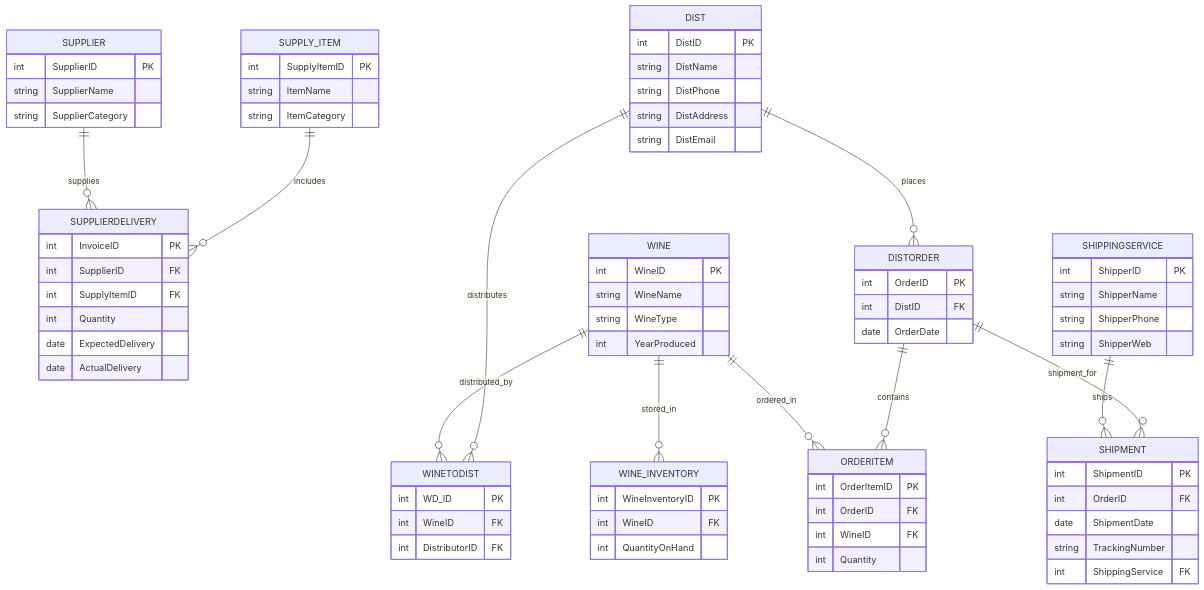
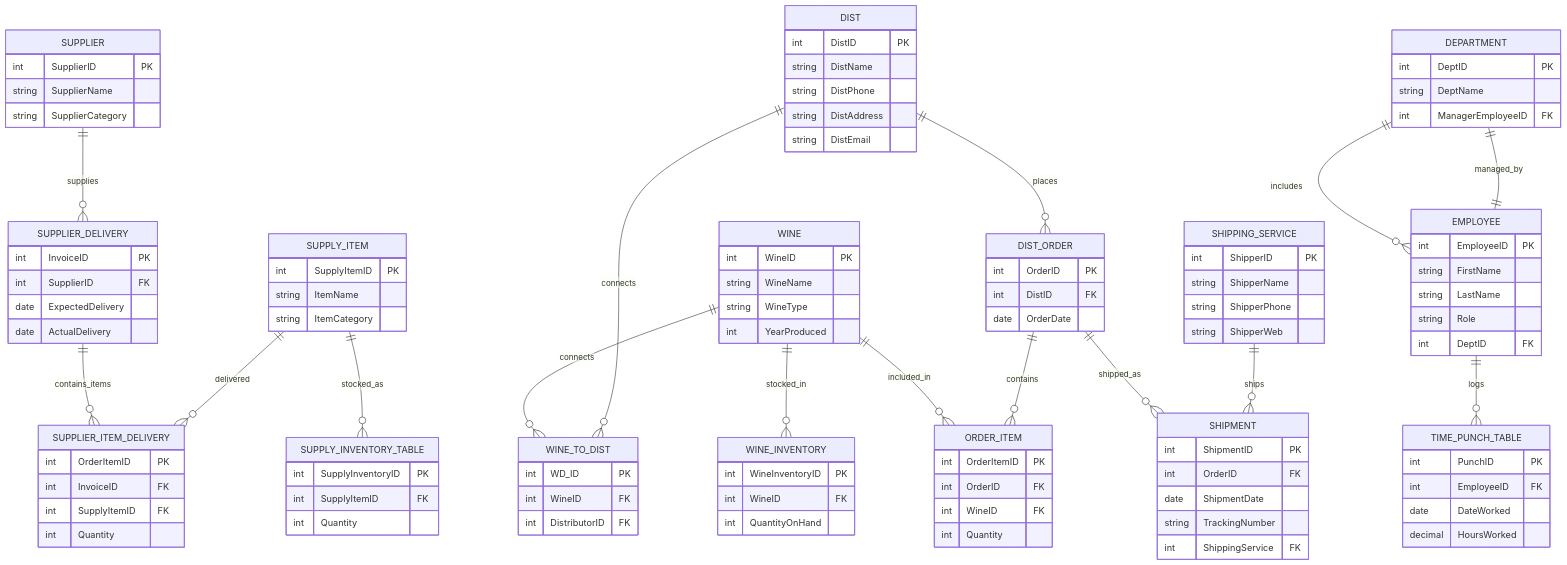
Before and after one commit to BobbyJoeCool/CSD310-BlueTeam: the diagram in Milesone_12/ERD(UPDATE).mmd, drawn with Mermaid. The commit also changed 1 other file, not shown here.

Commit message:
Updated ERD and SQL code

```diff
--- a/Milesone_12/ERD(UPDATE).mmd
+++ b/Milesone_12/ERD(UPDATE).mmd
@@ -1,94 +1,145 @@
 erDiagram
     direction TB
+
+    %% Supplier Tables
 
     SUPPLIER {
         int SupplierID PK
         string SupplierName
         string SupplierCategory
     }
 
-    SUPPLIERDELIVERY {
+    SUPPLIER_DELIVERY {
         int InvoiceID PK
         int SupplierID FK
-        int SupplyItemID FK
-        int Quantity
         date ExpectedDelivery
         date ActualDelivery
     }
 
     SUPPLY_ITEM {
         int SupplyItemID PK
         string ItemName
         string ItemCategory
     }
+
+    SUPPLY_INVENTORY_TABLE {
+        int SupplyInventoryID PK
+        int SupplyItemID FK
+        int Quantity
+    }
+
+    SUPPLIER_ITEM_DELIVERY {
+        int OrderItemID PK
+        int InvoiceID FK
+        int SupplyItemID FK
+        int Quantity
+    }
+
+
+    %% WINE TABLES
 
     WINE_INVENTORY {
         int WineInventoryID PK
         int WineID FK
         int QuantityOnHand
     }
 
     WINE {
         int WineID PK
         string WineName
         string WineType
         int YearProduced
     }
 
+
+    %% DISTRIBUTOR TABLES
+
     DIST {
         int DistID PK
         string DistName
         string DistPhone
         string DistAddress
         string DistEmail
     }
 
-    DISTORDER {
+    DIST_ORDER {
         int OrderID PK
         int DistID FK
         date OrderDate
     }
 
-    ORDERITEM {
+    ORDER_ITEM {
         int OrderItemID PK
         int OrderID FK
         int WineID FK
         int Quantity
     }
 
-    SHIPPINGSERVICE {
+    SHIPPING_SERVICE {
         int ShipperID PK
         string ShipperName
         string ShipperPhone
         string ShipperWeb
     }
 
     SHIPMENT {
         int ShipmentID PK
         int OrderID FK
         date ShipmentDate
         string TrackingNumber
         int ShippingService FK
     }
 
-    WINETODIST {
+    WINE_TO_DIST {
         int WD_ID PK
         int WineID FK
         int DistributorID FK
     }
 
+
+    %% Employee Tables
+
+    DEPARTMENT {
+        int DeptID PK
+        string DeptName
+        int ManagerEmployeeID FK
+    }
+
+    EMPLOYEE {
+        int EmployeeID PK
+        string FirstName
+        string LastName
+        string Role
+        int DeptID FK
+    }
+
+    TIME_PUNCH_TABLE {
+        int PunchID PK
+        int EmployeeID FK
+        date DateWorked
+        decimal HoursWorked
+    }
+
+
     %% RELATIONSHIPS
-    SUPPLIER ||--o{ SUPPLIERDELIVERY : supplies
-    SUPPLY_ITEM ||--o{ SUPPLIERDELIVERY : includes
+    
+    SUPPLIER ||--o{ SUPPLIER_DELIVERY : supplies
+    SUPPLIER_DELIVERY ||--o{ SUPPLIER_ITEM_DELIVERY : contains_items
+    SUPPLY_ITEM ||--o{ SUPPLIER_ITEM_DELIVERY : delivered
+    SUPPLY_ITEM ||--o{ SUPPLY_INVENTORY_TABLE : stocked_as
 
-    WINE ||--o{ WINE_INVENTORY : stored_in
-    WINE ||--o{ ORDERITEM : ordered_in
+    WINE ||--o{ WINE_INVENTORY : stocked_in
+    WINE ||--o{ ORDER_ITEM : included_in
 
-    DIST ||--o{ DISTORDER : places
-    DISTORDER ||--o{ ORDERITEM : contains
+    DEPARTMENT ||--o{ EMPLOYEE : includes
+    EMPLOYEE ||--o{ TIME_PUNCH_TABLE : logs
+    DEPARTMENT ||--|| EMPLOYEE : managed_by
 
-    SHIPPINGSERVICE ||--o{ SHIPMENT : ships
-    DISTORDER ||--o{ SHIPMENT : shipment_for
+    DIST ||--o{ DIST_ORDER : places
+    DIST_ORDER ||--o{ ORDER_ITEM : contains
 
-    WINE ||--o{ WINETODIST : distributed_by
-    DIST ||--o{ WINETODIST : distributes
+    DIST_ORDER ||--o{ SHIPMENT : shipped_as
+    SHIPPING_SERVICE ||--o{ SHIPMENT : ships
+
+    WINE ||--o{ WINE_TO_DIST : connects
+    DIST ||--o{ WINE_TO_DIST : connects
```
